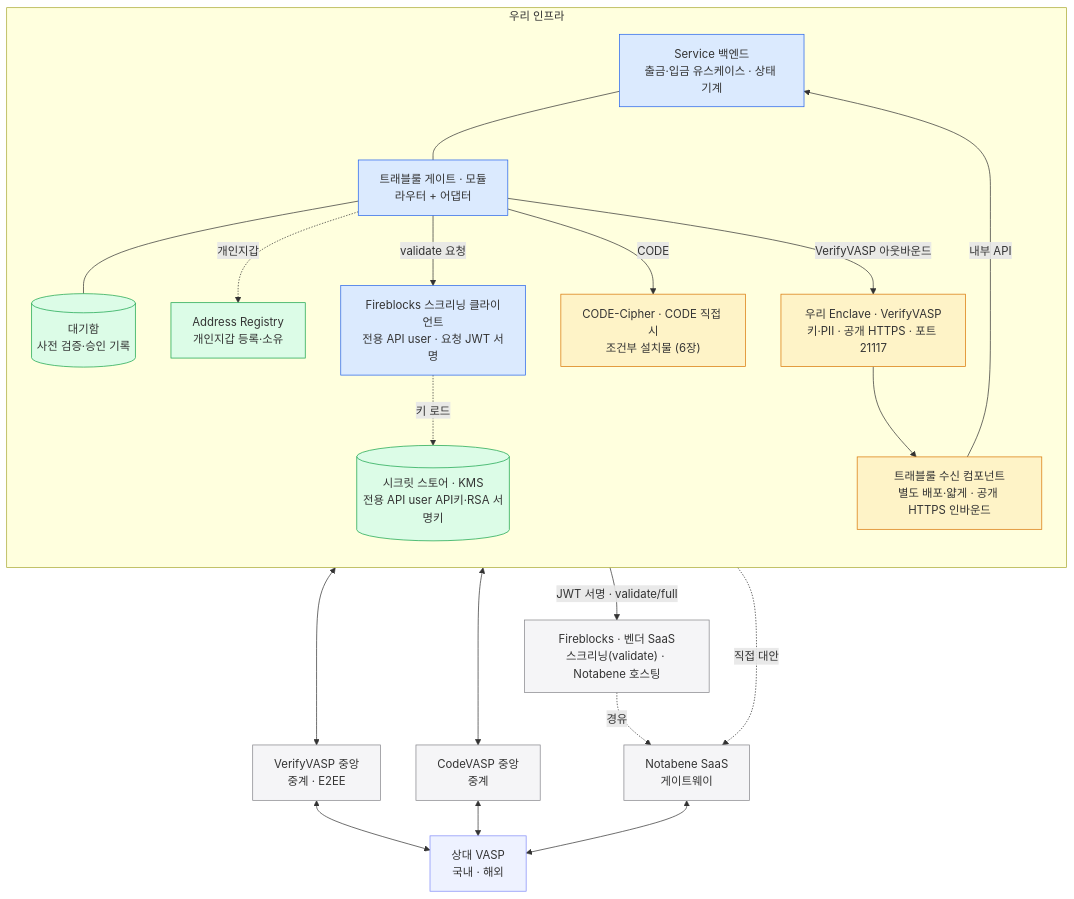
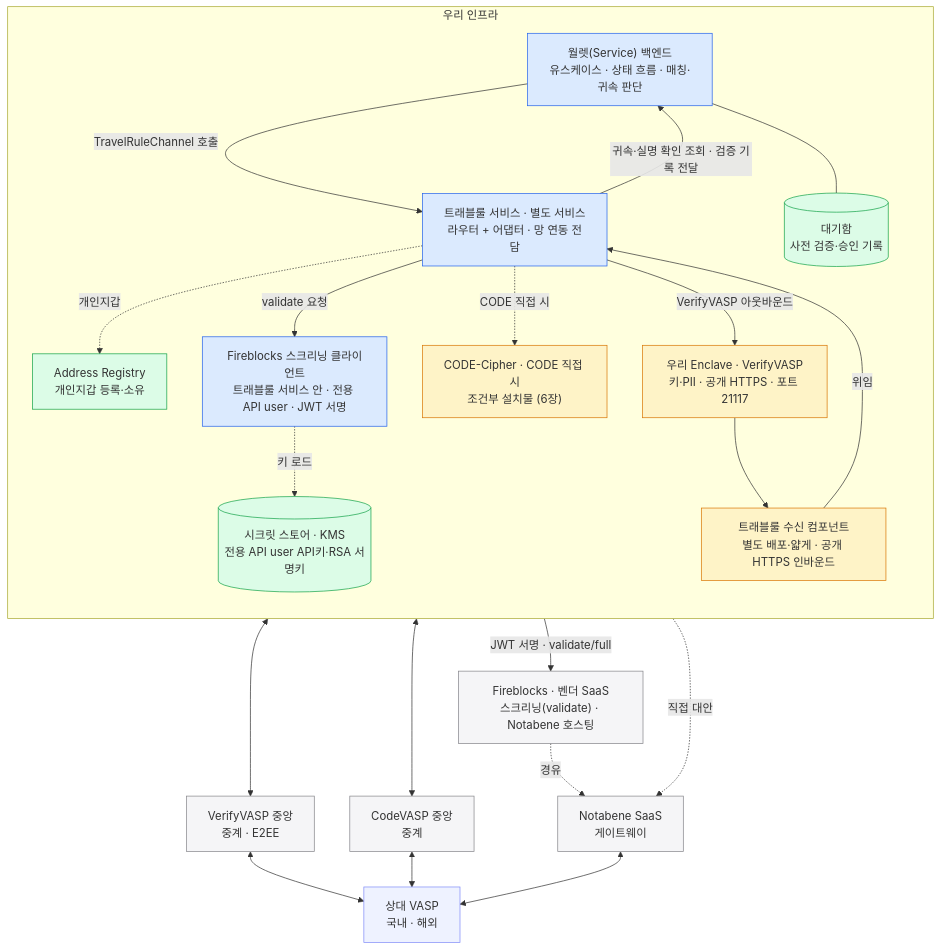
Before and after one commit to eunsujeo/eunpus: the diagram in blockchain-manager/docs/트래블룰/설계/12-physical-layout.md, drawn with Mermaid. The commit also changed other lines of this file and 36 other files, not shown here.

Commit message:
인프라 전체 배치 문서 신설 · API 페이지네이션 tail-cursor 전환(order·before 완화) · 보드 내보내기 앵커 수정 · 트래블룰 문서 다듬기

````diff
--- a/blockchain-manager/docs/트래블룰/설계/12-physical-layout.md
+++ b/blockchain-manager/docs/트래블룰/설계/12-physical-layout.md
@@ -9,51 +9,52 @@
 ```mermaid
 flowchart TB
   subgraph OURS["우리 인프라"]
     direction TB
-    SVC["Service 백엔드<br/>출금·입금 유스케이스 · 상태 기계"]
-    GATE["트래블룰 게이트 · 모듈<br/>라우터 + 어댑터"]
+    SVC["월렛(Service) 백엔드<br/>유스케이스 · 상태 흐름 · 매칭·귀속 판단"]
+    GATE["트래블룰 서비스 · 별도 서비스<br/>라우터 + 어댑터 · 망 연동 전담"]
     WQ[("대기함<br/>사전 검증·승인 기록")]
-    FBCLI["Fireblocks 스크리닝 클라이언트<br/>전용 API user · 요청 JWT 서명"]
+    FBCLI["Fireblocks 스크리닝 클라이언트<br/>트래블룰 서비스 안 · 전용 API user · JWT 서명"]
     SEC[("시크릿 스토어 · KMS<br/>전용 API user API키·RSA 서명키")]
     RX["트래블룰 수신 컴포넌트<br/>별도 배포·얇게 · 공개 HTTPS 인바운드"]
     EN["우리 Enclave · VerifyVASP<br/>키·PII · 공개 HTTPS · 포트 21117"]
     CC["CODE-Cipher · CODE 직접 시<br/>조건부 설치물 (6장)"]
     AR["Address Registry<br/>개인지갑 등록·소유"]
   end
 
   HUB["VerifyVASP 중앙<br/>중계 · E2EE"]
   CV["CodeVASP 중앙<br/>중계"]
   NB["Notabene SaaS<br/>게이트웨이"]
   FB["Fireblocks · 벤더 SaaS<br/>스크리닝(validate) · Notabene 호스팅"]
   RVP["상대 VASP<br/>국내 · 해외"]
 
-  SVC --- GATE
-  GATE --- WQ
+  SVC -->|TravelRuleChannel 호출| GATE
+  GATE -->|귀속·실명 확인 조회 · 검증 기록 전달| SVC
+  SVC --- WQ
   GATE -.->|개인지갑| AR
   GATE -->|VerifyVASP 아웃바운드| EN
-  GATE -->|CODE| CC
+  GATE -.->|CODE 직접 시| CC
   GATE -->|validate 요청| FBCLI
   FBCLI -->|JWT 서명 · validate/full| FB
   FBCLI -.->|키 로드| SEC
   GATE -.->|직접 대안| NB
   EN --> RX
-  RX -->|내부 API| SVC
+  RX -->|위임| GATE
 
   EN <--> HUB
   CC <--> CV
   FB -.->|경유| NB
   HUB <--> RVP
   CV <--> RVP
   NB <--> RVP
 
   classDef ours fill:#dbeafe,stroke:#2563eb;
   classDef store fill:#dcfce7,stroke:#16a34a;
   classDef selfhost fill:#fef3c7,stroke:#d97706;
   classDef vendor fill:#f5f5f7,stroke:#86868b;
   classDef chain fill:#eef2ff,stroke:#818cf8;
   class SVC,GATE,FBCLI ours
   class WQ,SEC,AR store
   class RX,EN,CC selfhost
   class HUB,CV,NB,FB vendor
   class RVP chain
 ```
````
